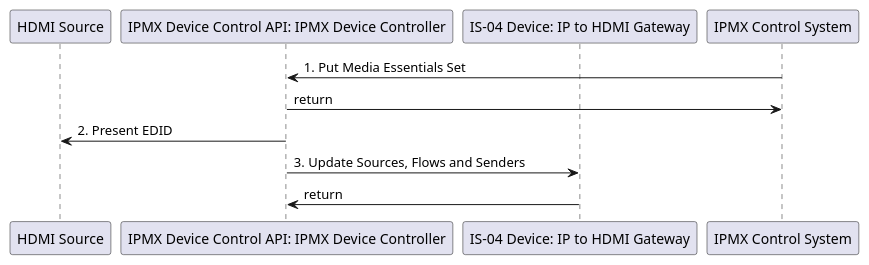
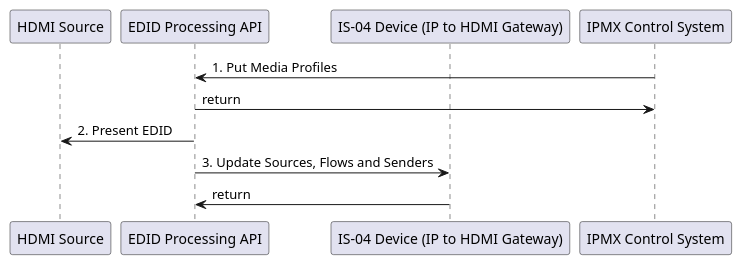
One commit to AMWA-TV/bcp-005-01 changed the diagram in docs/images/puml/encoder_setup.puml. Above: the diagram before and after it, drawn with PlantUML. The commit also changed 41 other files, not shown here.

First line of the commit message:
EDID Processing API and proofreading (#37)

```diff
--- a/docs/images/puml/encoder_setup.puml
+++ b/docs/images/puml/encoder_setup.puml
@@ -1,14 +1,14 @@
 @startuml
 skinparam BoxPadding 10
 
 participant "HDMI Source"
-participant "IPMX Device Control API: IPMX Device Controller"
-participant "IS-04 Device: IP to HDMI Gateway"
+participant "EDID Processing API"
+participant "IS-04 Device (IP to HDMI Gateway)"
 participant "IPMX Control System"
 
-"IPMX Control System" -> "IPMX Device Control API: IPMX Device Controller": 1. Put Media Essentials Set
-"IPMX Control System" <- "IPMX Device Control API: IPMX Device Controller": return
-"HDMI Source" <- "IPMX Device Control API: IPMX Device Controller": 2. Present EDID
-"IS-04 Device: IP to HDMI Gateway" <- "IPMX Device Control API: IPMX Device Controller": 3. Update Sources, Flows and Senders
-"IS-04 Device: IP to HDMI Gateway" -> "IPMX Device Control API: IPMX Device Controller": return
+"IPMX Control System" -> "EDID Processing API": 1. Put Media Profiles
+"IPMX Control System" <- "EDID Processing API": return
+"HDMI Source" <- "EDID Processing API": 2. Present EDID
+"IS-04 Device (IP to HDMI Gateway)" <- "EDID Processing API": 3. Update Sources, Flows and Senders
+"IS-04 Device (IP to HDMI Gateway)" -> "EDID Processing API": return
 @enduml
```
